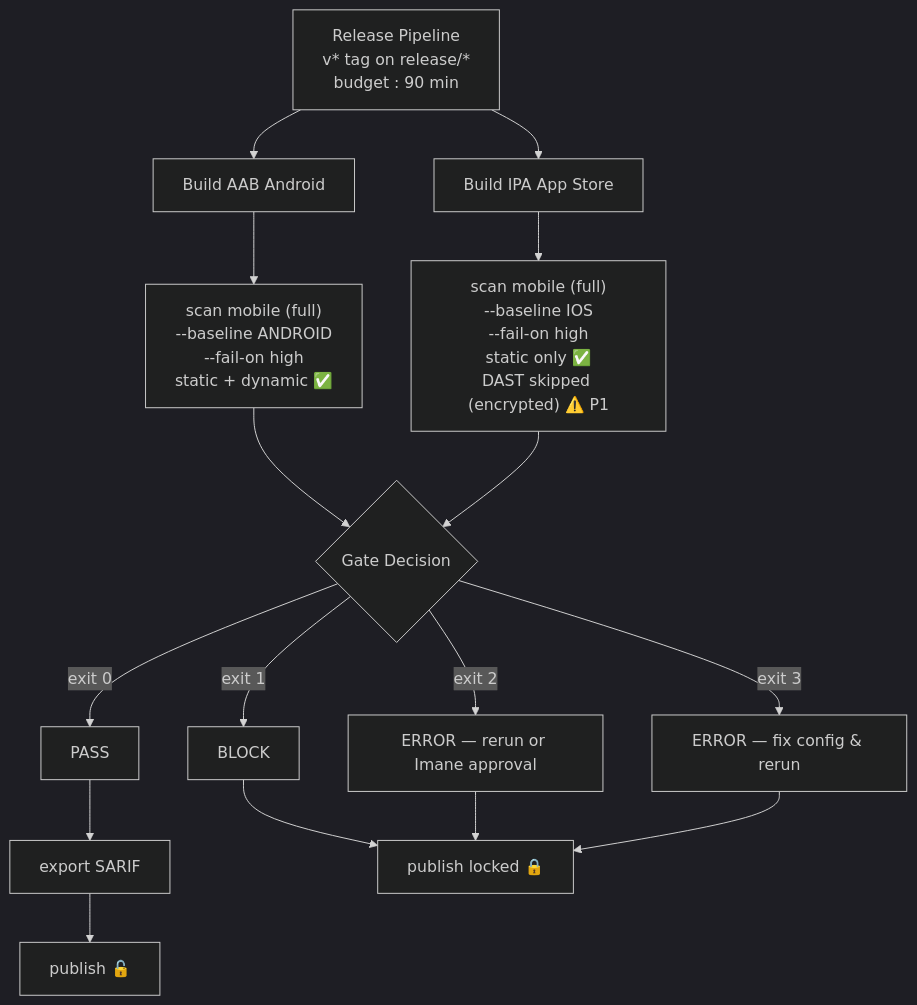
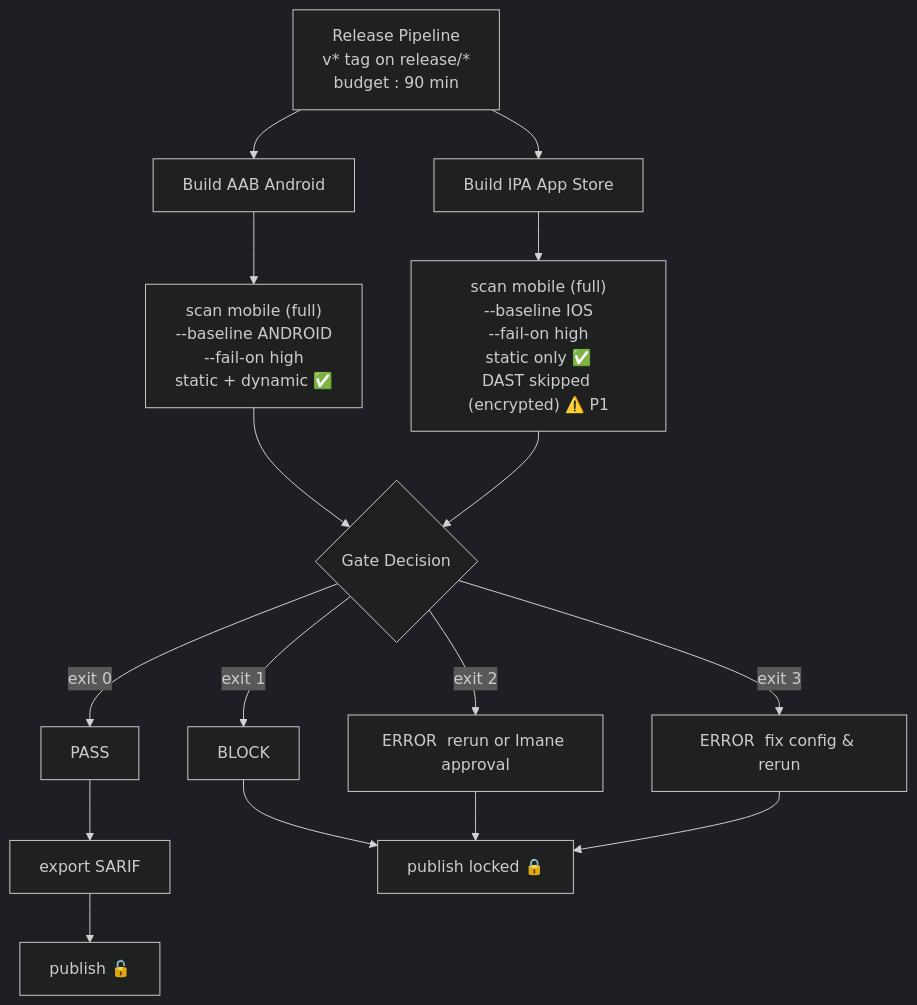
One commit to Ayoub-glitsh/lantern-kestrel-presales-assessment changed the sixth of 6 diagrams in integration_design.md. Above: the diagram before and after it, drawn with Mermaid (dark theme). The commit also changed other lines of this file, not shown here.

````diff
--- a/integration_design.md
+++ b/integration_design.md
@@ -293,27 +293,27 @@
 ```mermaid
 
 flowchart TB
     T["Release Pipeline<br/>v* tag on release/*<br/>budget : 90 min"]
 
     T --> A1["Build AAB Android"]
     T --> I1["Build IPA App Store"]
 
     A1 --> A2["scan mobile (full)<br/>--baseline ANDROID<br/>--fail-on high<br/>static + dynamic ✅"]
     I1 --> I2["scan mobile (full)<br/>--baseline IOS<br/>--fail-on high<br/>static only ✅<br/>DAST skipped (encrypted) ⚠️ P1"]
 
     A2 --> G{"Gate Decision"}
     I2 --> G
 
     G -- "exit 0" --> P["PASS"]
     P --> S["export SARIF"] --> PUB["publish 🔓"]
 
     G -- "exit 1" --> B["BLOCK"]
     B --> L["publish locked 🔒"]
 
-    G -- "exit 2" --> E2["ERROR — rerun or Imane approval"]
-    G -- "exit 3" --> E3["ERROR — fix config & rerun"]
+    G -- "exit 2" --> E2["ERROR  rerun or Imane approval"]
+    G -- "exit 3" --> E3["ERROR  fix config & rerun"]
     E2 --> L
     E3 --> L
 
 
 ```
````
